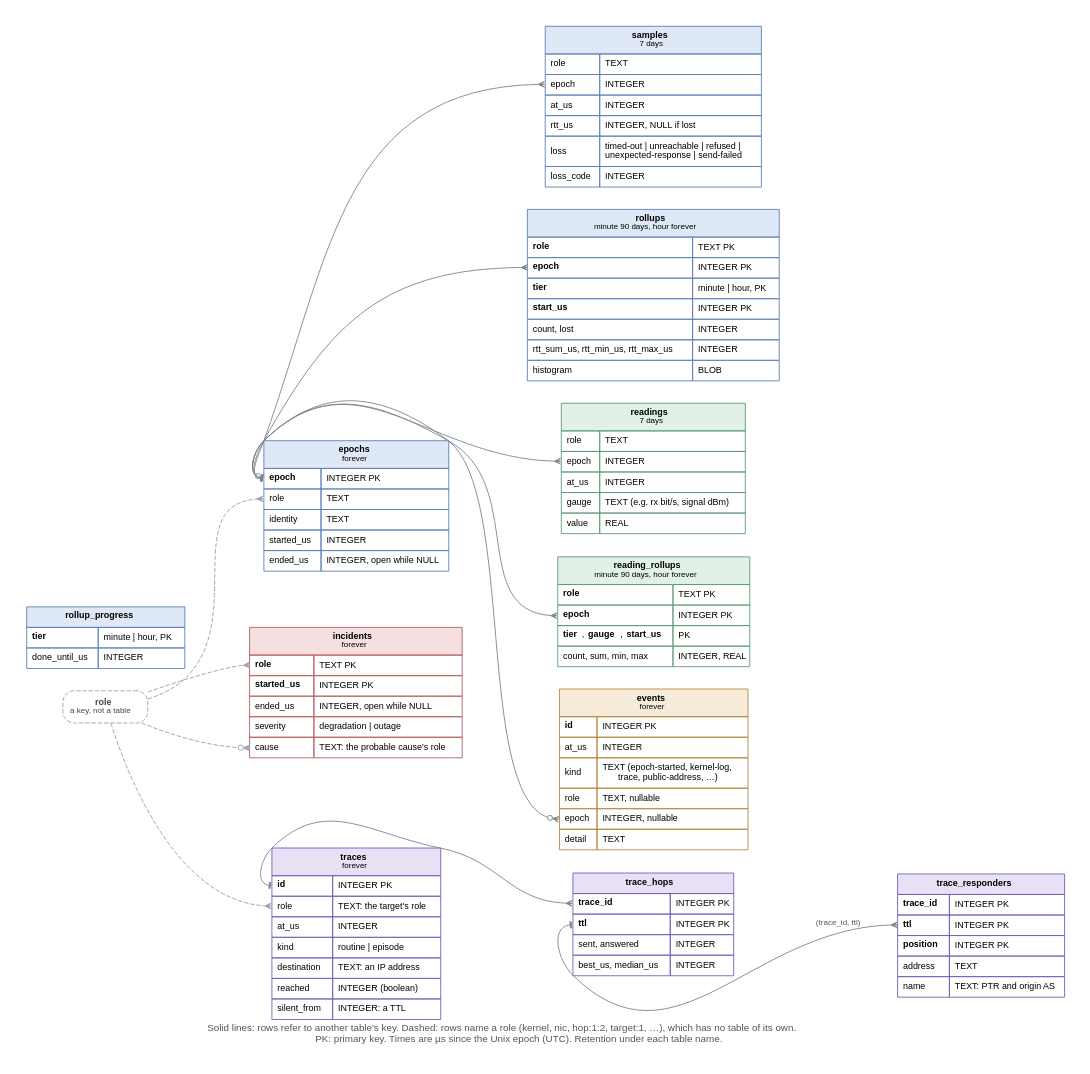
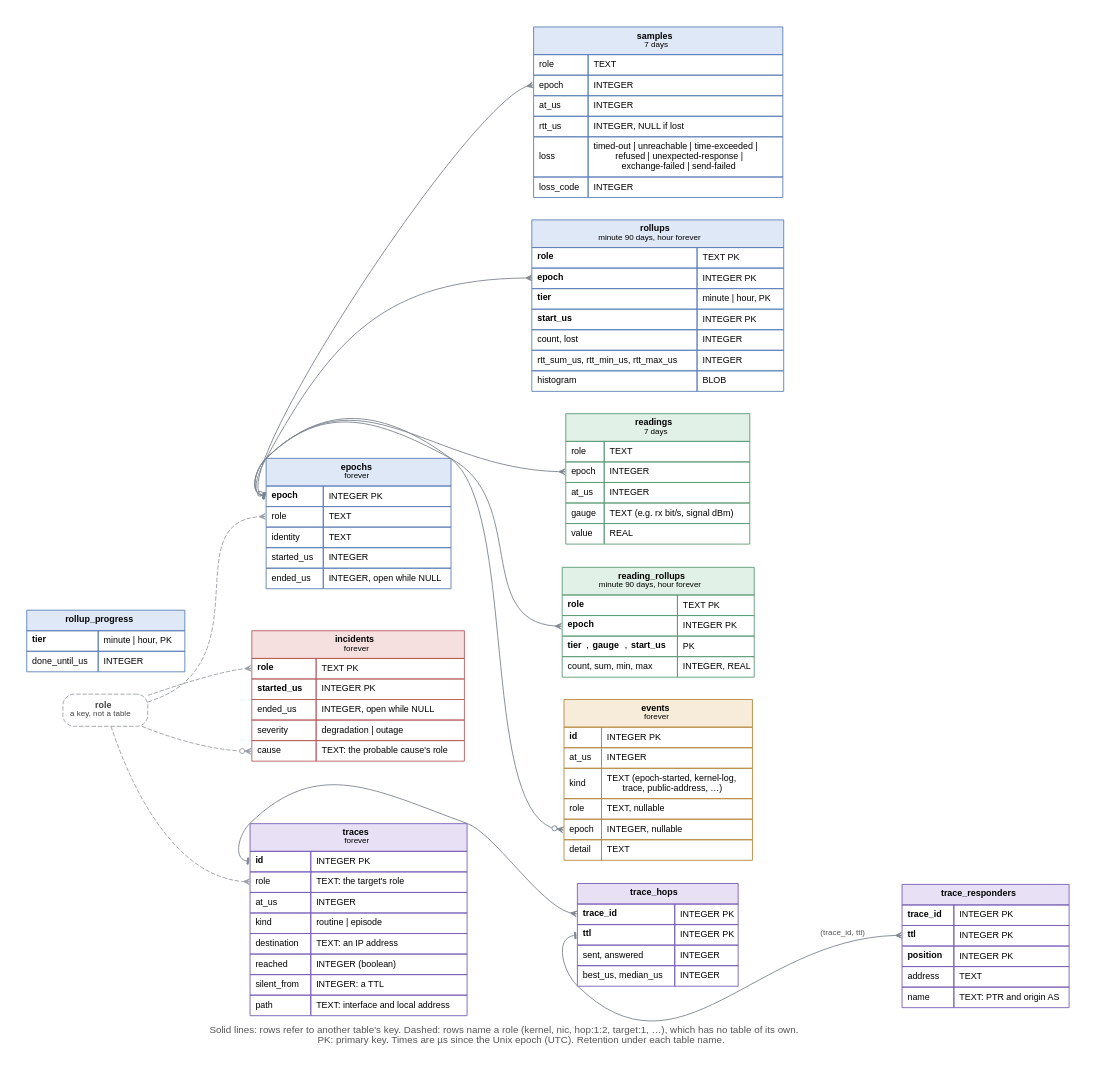
One commit to patricktsandin/netwatch changed the diagram in docs/diagrams/erd.dot. Above: the diagram before and after it, drawn with Graphviz. The commit also changed 11 other files, not shown here.

```diff
--- a/docs/diagrams/erd.dot
+++ b/docs/diagrams/erd.dot
@@ -1,115 +1,116 @@
 // The SQLite schema (crates/netwatch-adapter-sqlite/migrations), as of migration
-// 0007. The database declares no foreign keys: the single writer (ADR-0006) keeps
+// 0014. The database declares no foreign keys: the single writer (ADR-0006) keeps
 // these relationships, and history is keyed by role and identity epoch (ADR-0003).
 // Render with `npm run diagrams` in web/.
 digraph erd {
   graph [rankdir=LR, bgcolor="white", fontname="Helvetica", pad=0.3, nodesep=0.35, ranksep=1.0,
          label=<Solid lines: rows refer to another table's key. Dashed: rows name a role (kernel, nic, hop:1:2, target:1, …), which has no table of its own.<br/>PK: primary key. Times are µs since the Unix epoch (UTC). Retention under each table name.>, labelloc=b, fontsize=11, fontcolor="#555555"];
   node  [shape=plain, fontname="Helvetica", fontsize=10];
   edge  [color="#7d8590", arrowsize=0.7, arrowhead=crow, arrowtail=tee, dir=both, fontname="Helvetica", fontsize=9, fontcolor="#555555"];
 
   role [shape=box, style="rounded,dashed", color="#9aa0a8", fontcolor="#444444", label=<<b>role</b><br/><font point-size="9">a key, not a table</font>>];
 
   epochs [label=<<table border="0" cellborder="1" cellspacing="0" cellpadding="5" color="#5e7fb8">
     <tr><td bgcolor="#dfe8f6" colspan="2"><b>epochs</b><br/><font point-size="9">forever</font></td></tr>
     <tr><td align="left" port="epoch"><b>epoch</b></td><td align="left">INTEGER PK</td></tr>
     <tr><td align="left" port="role">role</td><td align="left">TEXT</td></tr>
     <tr><td align="left">identity</td><td align="left">TEXT</td></tr>
     <tr><td align="left">started_us</td><td align="left">INTEGER</td></tr>
     <tr><td align="left">ended_us</td><td align="left">INTEGER, open while NULL</td></tr></table>>];
 
   samples [label=<<table border="0" cellborder="1" cellspacing="0" cellpadding="5" color="#5e7fb8">
     <tr><td bgcolor="#dfe8f6" colspan="2"><b>samples</b><br/><font point-size="9">7 days</font></td></tr>
     <tr><td align="left" port="role">role</td><td align="left">TEXT</td></tr>
     <tr><td align="left" port="epoch">epoch</td><td align="left">INTEGER</td></tr>
     <tr><td align="left">at_us</td><td align="left">INTEGER</td></tr>
     <tr><td align="left">rtt_us</td><td align="left">INTEGER, NULL if lost</td></tr>
-    <tr><td align="left">loss</td><td align="left">timed-out | unreachable | refused |<br/>unexpected-response | send-failed</td></tr>
+    <tr><td align="left">loss</td><td align="left">timed-out | unreachable | time-exceeded |<br/>refused | unexpected-response |<br/>exchange-failed | send-failed</td></tr>
     <tr><td align="left">loss_code</td><td align="left">INTEGER</td></tr></table>>];
 
   rollups [label=<<table border="0" cellborder="1" cellspacing="0" cellpadding="5" color="#5e7fb8">
     <tr><td bgcolor="#dfe8f6" colspan="2"><b>rollups</b><br/><font point-size="9">minute 90 days, hour forever</font></td></tr>
     <tr><td align="left" port="role"><b>role</b></td><td align="left">TEXT PK</td></tr>
     <tr><td align="left" port="epoch"><b>epoch</b></td><td align="left">INTEGER PK</td></tr>
     <tr><td align="left"><b>tier</b></td><td align="left">minute | hour, PK</td></tr>
     <tr><td align="left"><b>start_us</b></td><td align="left">INTEGER PK</td></tr>
     <tr><td align="left">count, lost</td><td align="left">INTEGER</td></tr>
     <tr><td align="left">rtt_sum_us, rtt_min_us, rtt_max_us</td><td align="left">INTEGER</td></tr>
     <tr><td align="left">histogram</td><td align="left">BLOB</td></tr></table>>];
 
   rollup_progress [label=<<table border="0" cellborder="1" cellspacing="0" cellpadding="5" color="#5e7fb8">
     <tr><td bgcolor="#dfe8f6" colspan="2"><b>rollup_progress</b></td></tr>
     <tr><td align="left"><b>tier</b></td><td align="left">minute | hour, PK</td></tr>
     <tr><td align="left">done_until_us</td><td align="left">INTEGER</td></tr></table>>];
 
   readings [label=<<table border="0" cellborder="1" cellspacing="0" cellpadding="5" color="#5e9c76">
     <tr><td bgcolor="#e1f1e7" colspan="2"><b>readings</b><br/><font point-size="9">7 days</font></td></tr>
     <tr><td align="left" port="role">role</td><td align="left">TEXT</td></tr>
     <tr><td align="left" port="epoch">epoch</td><td align="left">INTEGER</td></tr>
     <tr><td align="left">at_us</td><td align="left">INTEGER</td></tr>
     <tr><td align="left">gauge</td><td align="left">TEXT (e.g. rx bit/s, signal dBm)</td></tr>
     <tr><td align="left">value</td><td align="left">REAL</td></tr></table>>];
 
   reading_rollups [label=<<table border="0" cellborder="1" cellspacing="0" cellpadding="5" color="#5e9c76">
     <tr><td bgcolor="#e1f1e7" colspan="2"><b>reading_rollups</b><br/><font point-size="9">minute 90 days, hour forever</font></td></tr>
     <tr><td align="left" port="role"><b>role</b></td><td align="left">TEXT PK</td></tr>
     <tr><td align="left" port="epoch"><b>epoch</b></td><td align="left">INTEGER PK</td></tr>
     <tr><td align="left"><b>tier</b>, <b>gauge</b>, <b>start_us</b></td><td align="left">PK</td></tr>
     <tr><td align="left">count, sum, min, max</td><td align="left">INTEGER, REAL</td></tr></table>>];
 
   events [label=<<table border="0" cellborder="1" cellspacing="0" cellpadding="5" color="#b88a3e">
     <tr><td bgcolor="#f6ecd9" colspan="2"><b>events</b><br/><font point-size="9">forever</font></td></tr>
     <tr><td align="left"><b>id</b></td><td align="left">INTEGER PK</td></tr>
     <tr><td align="left">at_us</td><td align="left">INTEGER</td></tr>
     <tr><td align="left">kind</td><td align="left">TEXT (epoch-started, kernel-log,<br/>trace, public-address, …)</td></tr>
     <tr><td align="left" port="role">role</td><td align="left">TEXT, nullable</td></tr>
     <tr><td align="left" port="epoch">epoch</td><td align="left">INTEGER, nullable</td></tr>
     <tr><td align="left">detail</td><td align="left">TEXT</td></tr></table>>];
 
   incidents [label=<<table border="0" cellborder="1" cellspacing="0" cellpadding="5" color="#b85e5e">
     <tr><td bgcolor="#f6dfdf" colspan="2"><b>incidents</b><br/><font point-size="9">forever</font></td></tr>
     <tr><td align="left" port="role"><b>role</b></td><td align="left">TEXT PK</td></tr>
     <tr><td align="left"><b>started_us</b></td><td align="left">INTEGER PK</td></tr>
     <tr><td align="left">ended_us</td><td align="left">INTEGER, open while NULL</td></tr>
     <tr><td align="left">severity</td><td align="left">degradation | outage</td></tr>
     <tr><td align="left" port="cause">cause</td><td align="left">TEXT: the probable cause's role</td></tr></table>>];
 
   traces [label=<<table border="0" cellborder="1" cellspacing="0" cellpadding="5" color="#7a5eb8">
     <tr><td bgcolor="#e8e1f6" colspan="2"><b>traces</b><br/><font point-size="9">forever</font></td></tr>
     <tr><td align="left" port="id"><b>id</b></td><td align="left">INTEGER PK</td></tr>
     <tr><td align="left" port="role">role</td><td align="left">TEXT: the target's role</td></tr>
     <tr><td align="left">at_us</td><td align="left">INTEGER</td></tr>
     <tr><td align="left">kind</td><td align="left">routine | episode</td></tr>
     <tr><td align="left">destination</td><td align="left">TEXT: an IP address</td></tr>
     <tr><td align="left">reached</td><td align="left">INTEGER (boolean)</td></tr>
-    <tr><td align="left">silent_from</td><td align="left">INTEGER: a TTL</td></tr></table>>];
+    <tr><td align="left">silent_from</td><td align="left">INTEGER: a TTL</td></tr>
+    <tr><td align="left">path</td><td align="left">TEXT: interface and local address</td></tr></table>>];
 
   trace_hops [label=<<table border="0" cellborder="1" cellspacing="0" cellpadding="5" color="#7a5eb8">
     <tr><td bgcolor="#e8e1f6" colspan="2"><b>trace_hops</b></td></tr>
     <tr><td align="left" port="trace_id"><b>trace_id</b></td><td align="left">INTEGER PK</td></tr>
     <tr><td align="left" port="ttl"><b>ttl</b></td><td align="left">INTEGER PK</td></tr>
     <tr><td align="left">sent, answered</td><td align="left">INTEGER</td></tr>
     <tr><td align="left">best_us, median_us</td><td align="left">INTEGER</td></tr></table>>];
 
   trace_responders [label=<<table border="0" cellborder="1" cellspacing="0" cellpadding="5" color="#7a5eb8">
     <tr><td bgcolor="#e8e1f6" colspan="2"><b>trace_responders</b></td></tr>
     <tr><td align="left" port="trace_id"><b>trace_id</b></td><td align="left">INTEGER PK</td></tr>
     <tr><td align="left" port="ttl"><b>ttl</b></td><td align="left">INTEGER PK</td></tr>
     <tr><td align="left"><b>position</b></td><td align="left">INTEGER PK</td></tr>
     <tr><td align="left">address</td><td align="left">TEXT</td></tr>
     <tr><td align="left">name</td><td align="left">TEXT: PTR and origin AS</td></tr></table>>];
 
   epochs:epoch -> samples:epoch;
   epochs:epoch -> rollups:epoch;
   epochs:epoch -> readings:epoch;
   epochs:epoch -> reading_rollups:epoch;
   epochs:epoch -> events:epoch [arrowtail=teeodot, arrowhead=crowodot];
   traces:id -> trace_hops:trace_id;
   trace_hops:ttl -> trace_responders:ttl [label="(trace_id, ttl)"];
 
   edge [style=dashed, color="#9aa0a8", arrowtail=none, arrowhead=crow];
   role -> epochs:role;
   role -> incidents:role;
   role -> incidents:cause [arrowhead=crowodot];
   role -> traces:role;
 }
```
